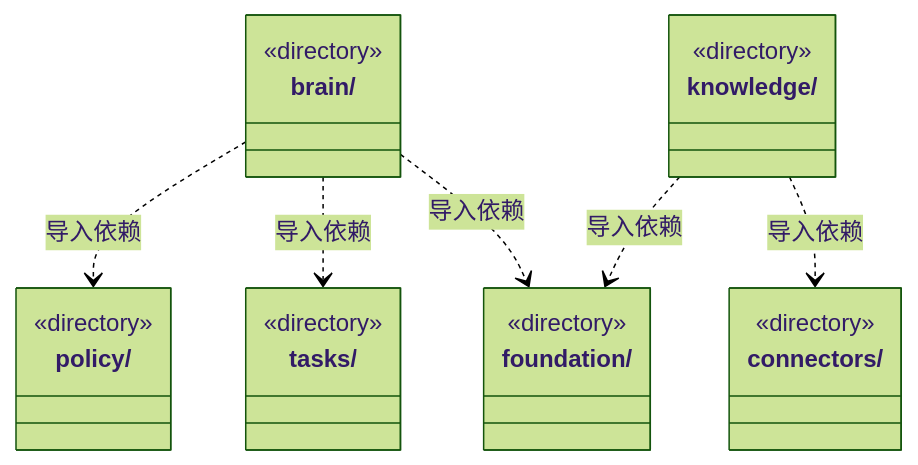
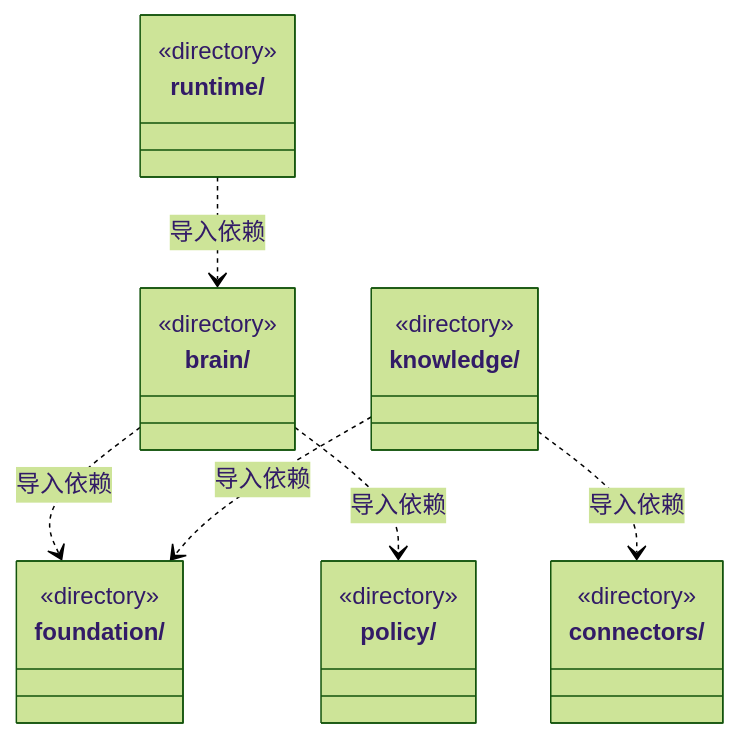
Before and after one commit to nan023062/cbim: the first of 2 diagrams in src/backend/core/ARCHITECTURE.md, drawn with Mermaid (forest theme). The commit also changed other lines of this file and 211 other files, not shown here.

````diff
--- a/src/backend/core/ARCHITECTURE.md
+++ b/src/backend/core/ARCHITECTURE.md
@@ -15,26 +15,26 @@
 ```mermaid
 classDiagram
 class N_src_backend_core_brain["brain/"] {
   <<directory>>
 }
 class N_src_backend_core_connectors["connectors/"] {
   <<directory>>
 }
 class N_src_backend_core_foundation["foundation/"] {
   <<directory>>
 }
 class N_src_backend_core_knowledge["knowledge/"] {
   <<directory>>
 }
 class N_src_backend_core_policy["policy/"] {
   <<directory>>
 }
-class N_src_backend_core_tasks["tasks/"] {
+class N_src_backend_core_runtime["runtime/"] {
   <<directory>>
 }
 N_src_backend_core_brain ..> N_src_backend_core_foundation : 导入依赖
-N_src_backend_core_brain ..> N_src_backend_core_tasks : 导入依赖
 N_src_backend_core_brain ..> N_src_backend_core_policy : 导入依赖
 N_src_backend_core_knowledge ..> N_src_backend_core_foundation : 导入依赖
 N_src_backend_core_knowledge ..> N_src_backend_core_connectors : 导入依赖
+N_src_backend_core_runtime ..> N_src_backend_core_brain : 导入依赖
 ```
````
